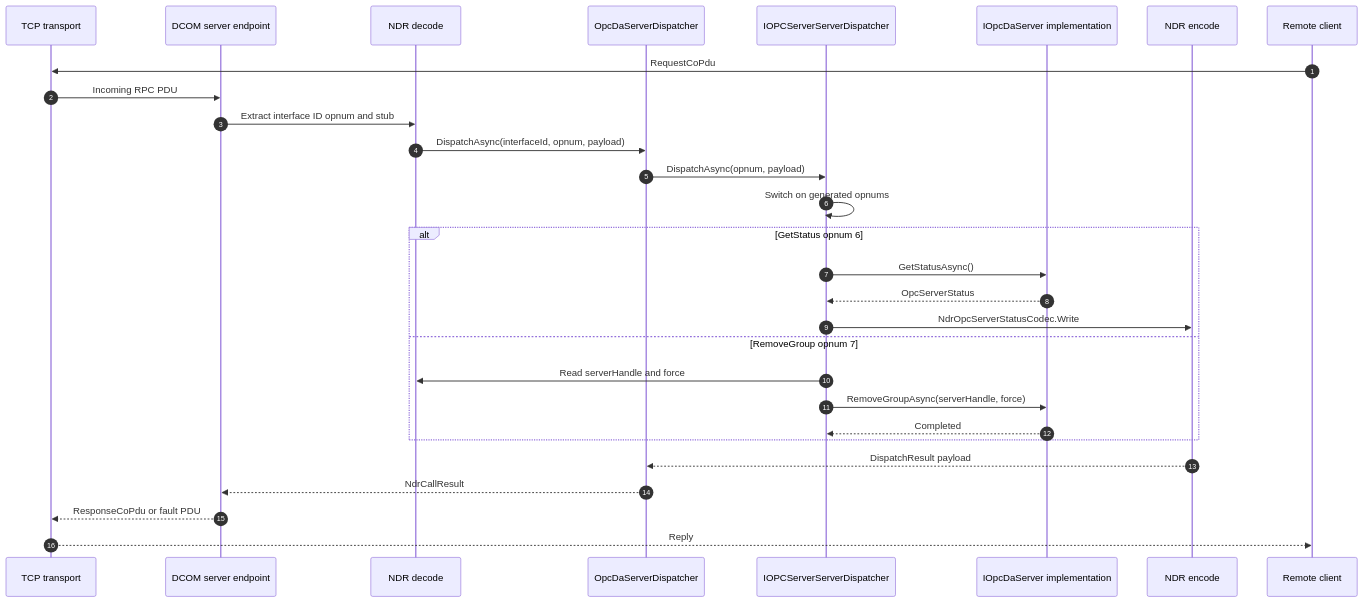
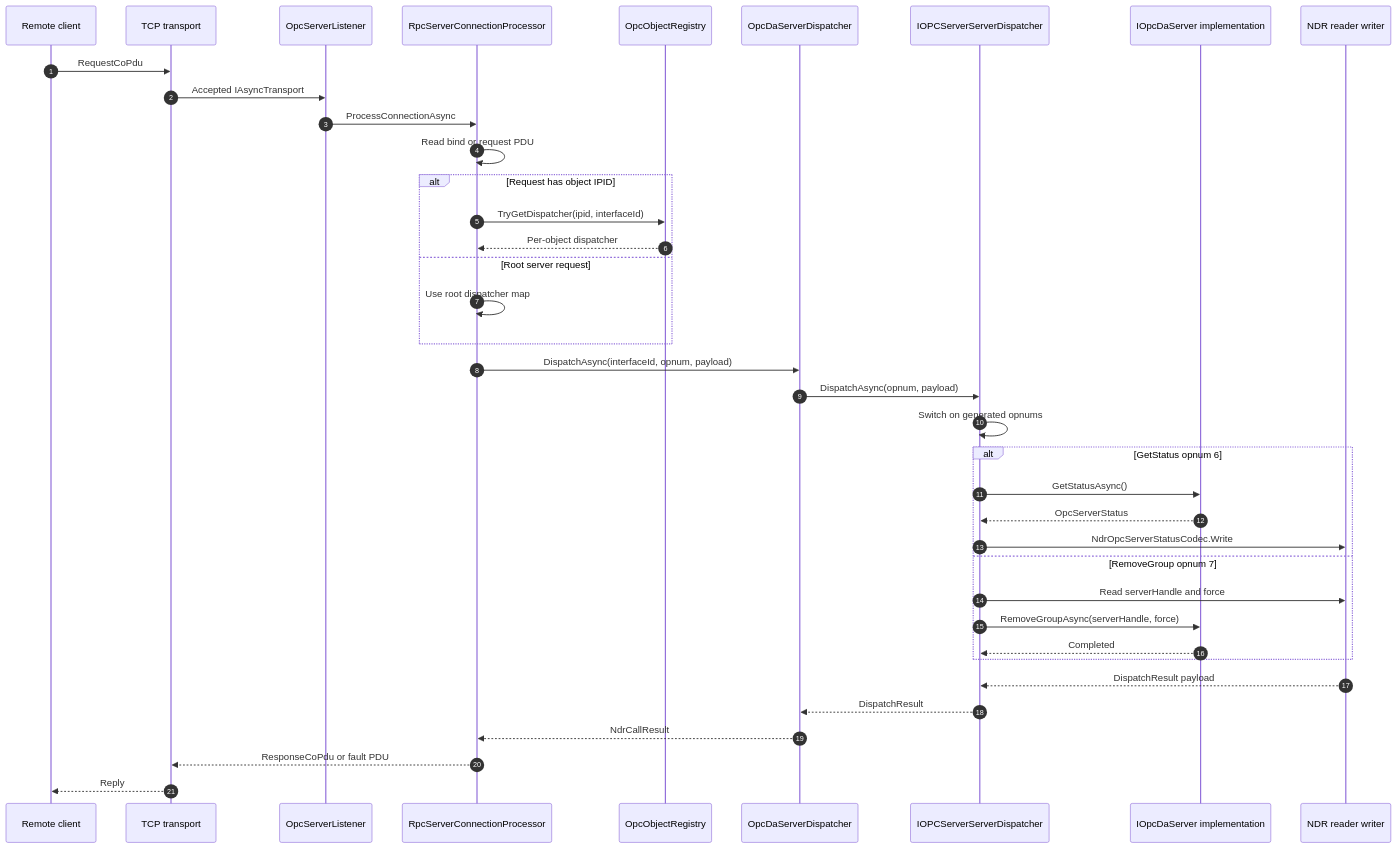
Before and after one commit to marcschier/opc-classic: the diagram in docs/diagrams/03-server-dispatch-flow.md, drawn with Mermaid. The commit also changed other lines of this file and 13 other files, not shown here.

First line of the commit message:
docs(cap-f4): refresh architecture + security + diagrams for rc.7

````diff
--- a/docs/diagrams/03-server-dispatch-flow.md
+++ b/docs/diagrams/03-server-dispatch-flow.md
@@ -9,32 +9,41 @@
 ```mermaid
 sequenceDiagram
     autonumber
+    participant Client as Remote client
     participant Tcp as TCP transport
-    participant Endpoint as DCOM server endpoint
-    participant NdrIn as NDR decode
+    participant Listener as OpcServerListener
+    participant Processor as RpcServerConnectionProcessor
+    participant Registry as OpcObjectRegistry
     participant Adapter as OpcDaServerDispatcher
     participant Dispatcher as IOPCServerServerDispatcher
     participant Impl as IOpcDaServer implementation
-    participant NdrOut as NDR encode
-    participant Client as Remote client
+    participant Ndr as NDR reader writer
 
     Client->>Tcp: RequestCoPdu
-    Tcp->>Endpoint: Incoming RPC PDU
-    Endpoint->>NdrIn: Extract interface ID opnum and stub
-    NdrIn->>Adapter: DispatchAsync(interfaceId, opnum, payload)
+    Tcp->>Listener: Accepted IAsyncTransport
+    Listener->>Processor: ProcessConnectionAsync
+    Processor->>Processor: Read bind or request PDU
+    alt Request has object IPID
+        Processor->>Registry: TryGetDispatcher(ipid, interfaceId)
+        Registry-->>Processor: Per-object dispatcher
+    else Root server request
+        Processor->>Processor: Use root dispatcher map
+    end
+    Processor->>Adapter: DispatchAsync(interfaceId, opnum, payload)
     Adapter->>Dispatcher: DispatchAsync(opnum, payload)
     Dispatcher->>Dispatcher: Switch on generated opnums
     alt GetStatus opnum 6
         Dispatcher->>Impl: GetStatusAsync()
         Impl-->>Dispatcher: OpcServerStatus
-        Dispatcher->>NdrOut: NdrOpcServerStatusCodec.Write
+        Dispatcher->>Ndr: NdrOpcServerStatusCodec.Write
     else RemoveGroup opnum 7
-        Dispatcher->>NdrIn: Read serverHandle and force
+        Dispatcher->>Ndr: Read serverHandle and force
         Dispatcher->>Impl: RemoveGroupAsync(serverHandle, force)
         Impl-->>Dispatcher: Completed
     end
-    NdrOut-->>Adapter: DispatchResult payload
-    Adapter-->>Endpoint: NdrCallResult
-    Endpoint-->>Tcp: ResponseCoPdu or fault PDU
+    Ndr-->>Dispatcher: DispatchResult payload
+    Dispatcher-->>Adapter: DispatchResult
+    Adapter-->>Processor: NdrCallResult
+    Processor-->>Tcp: ResponseCoPdu or fault PDU
     Tcp-->>Client: Reply
 ```
````
